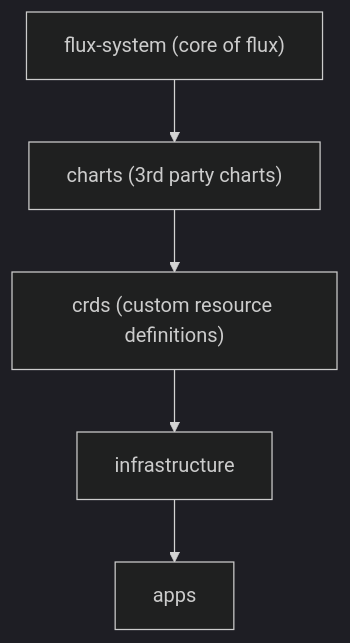
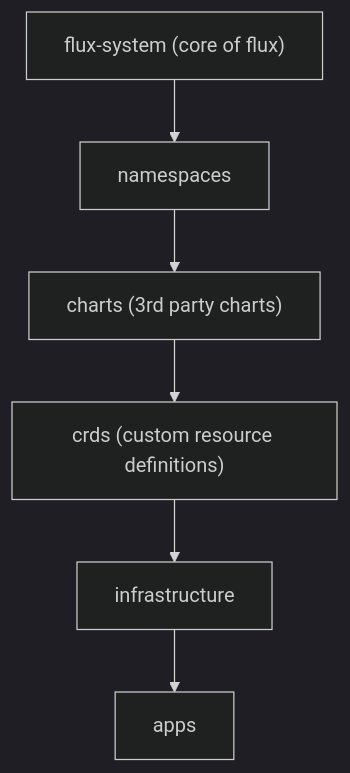
Before and after one commit to loganmarchione/k8s_homelab: the diagram in scripts/README.md, drawn with Mermaid (dark theme).

````diff
--- a/scripts/README.md
+++ b/scripts/README.md
@@ -82,7 +82,8 @@
 ```mermaid
 flowchart TD;
-    A["flux-system (core of flux)"]-->B["charts (3rd party charts)"]
-    B-->C["crds (custom resource definitions)"];
-    C-->D[infrastructure];
-    D-->E[apps];
+    A["flux-system (core of flux)"]-->B["namespaces"]
+    B-->C["charts (3rd party charts)"];
+    C-->D["crds (custom resource definitions)"];
+    D-->E[infrastructure];
+    E-->F[apps];
 ```
````
